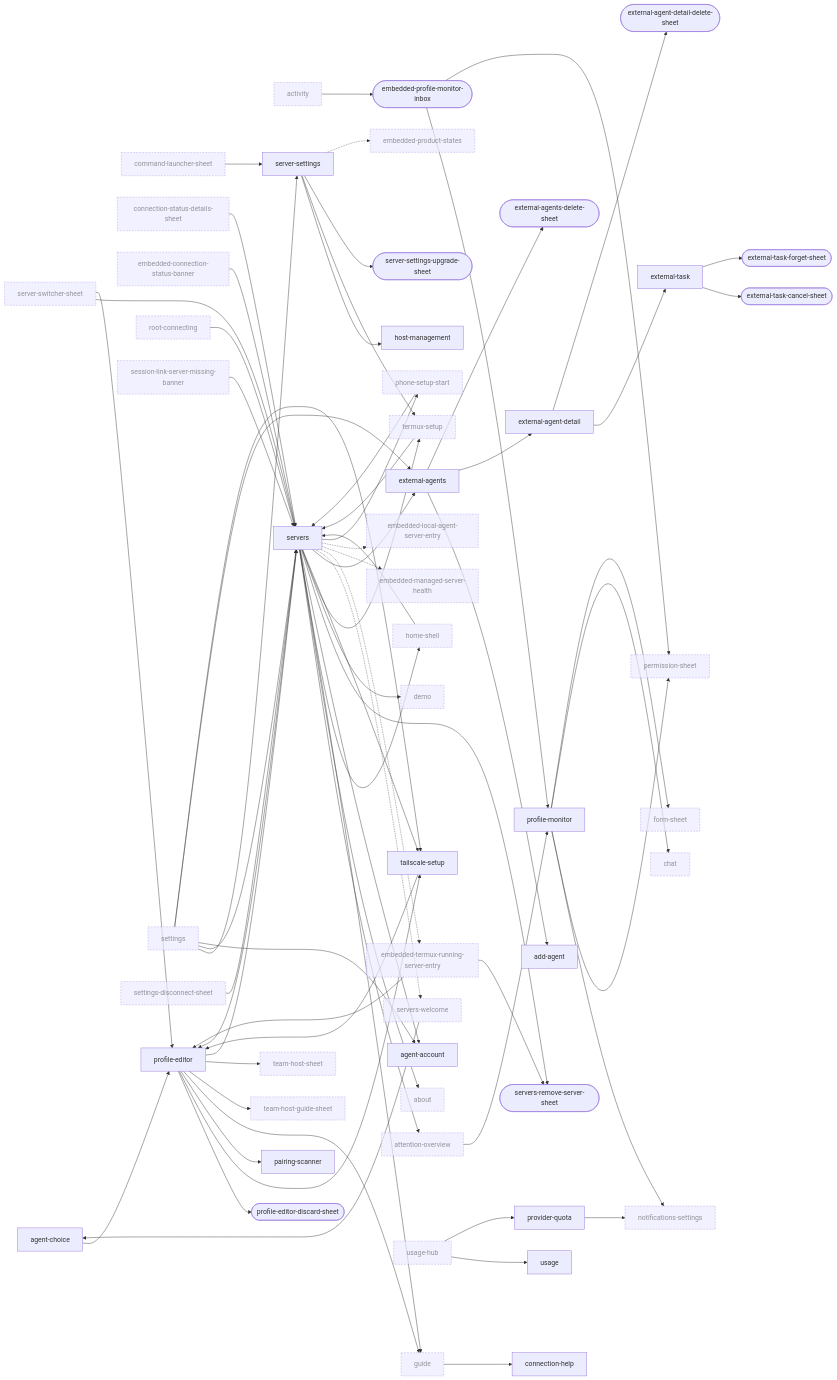
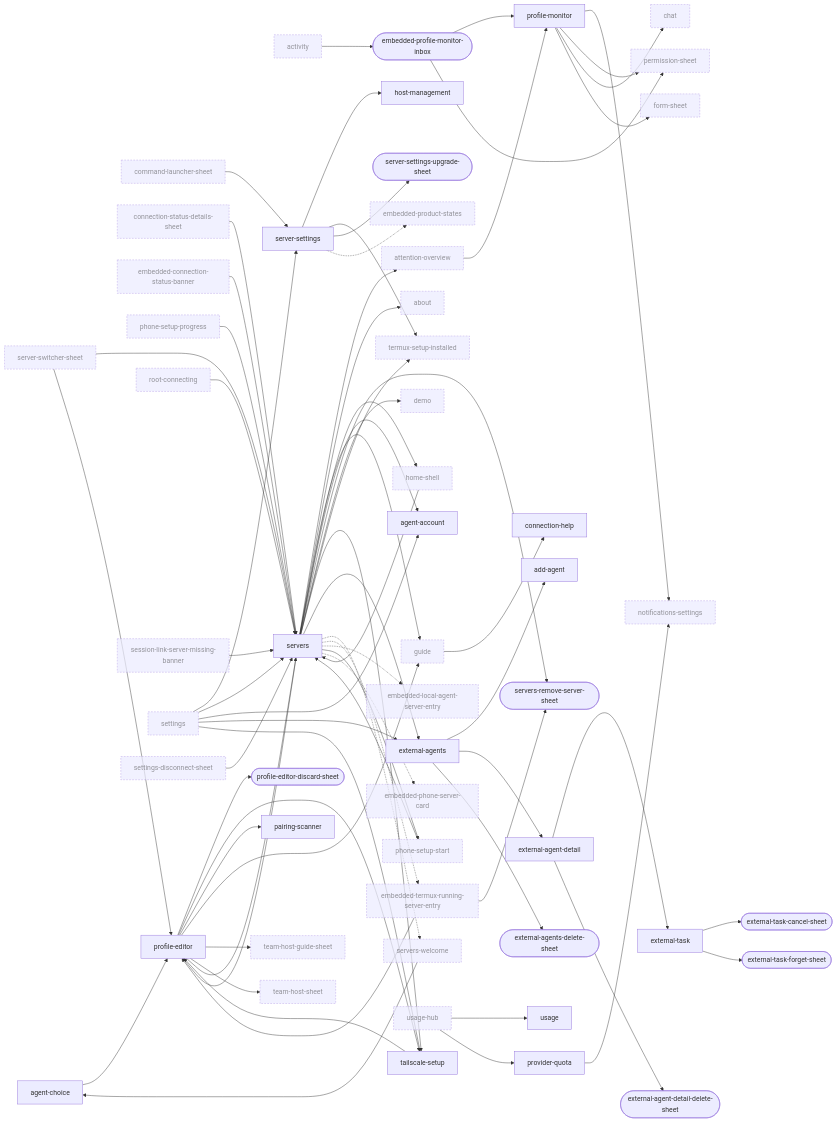
One commit to Breskott/opencode-mobile-next changed the fifth of 10 diagrams in docs/design/ui-ledger/navigation.md. Above: the diagram before and after it, drawn with Mermaid. The commit also changed other lines of this file and 106 other files, not shown here.

````diff
--- a/docs/design/ui-ledger/navigation.md
+++ b/docs/design/ui-ledger/navigation.md
@@ -697,7 +698,7 @@
   demo["demo"]:::ext
   embedded_connection_status_banner["embedded-connection-status-banner"]:::ext
   embedded_local_agent_server_entry["embedded-local-agent-server-entry"]:::ext
-  embedded_managed_server_health["embedded-managed-server-health"]:::ext
+  embedded_phone_server_card["embedded-phone-server-card"]:::ext
   embedded_product_states["embedded-product-states"]:::ext
   embedded_profile_monitor_inbox(["embedded-profile-monitor-inbox"])
   embedded_termux_running_server_entry["embedded-termux-running-server-entry"]:::ext
@@ -715,6 +716,7 @@
   notifications_settings["notifications-settings"]:::ext
   pairing_scanner["pairing-scanner"]
   permission_sheet["permission-sheet"]:::ext
+  phone_setup_progress["phone-setup-progress"]:::ext
   phone_setup_start["phone-setup-start"]:::ext
   profile_editor["profile-editor"]
   profile_editor_discard_sheet(["profile-editor-discard-sheet"])
@@ -733,7 +735,7 @@
   tailscale_setup["tailscale-setup"]
   team_host_guide_sheet["team-host-guide-sheet"]:::ext
   team_host_sheet["team-host-sheet"]:::ext
-  termux_setup["termux-setup"]:::ext
+  termux_setup_installed["termux-setup-installed"]:::ext
   usage["usage"]
   usage_hub["usage-hub"]:::ext
   root_connecting --> servers
@@ -753,7 +755,7 @@
   servers --> profile_editor
   servers --> servers_remove_server_sheet
   servers --> demo
-  servers --> termux_setup
+  servers --> termux_setup_installed
   servers --> tailscale_setup
   servers --> external_agents
   servers_welcome --> agent_choice
@@ -766,7 +768,7 @@
   profile_editor --> team_host_sheet
   tailscale_setup --> profile_editor
   server_settings --> host_management
-  server_settings --> termux_setup
+  server_settings --> termux_setup_installed
   server_settings --> server_settings_upgrade_sheet
   external_agents --> add_agent
   external_agents --> external_agent_detail
@@ -781,9 +783,9 @@
   embedded_profile_monitor_inbox --> profile_monitor
   embedded_profile_monitor_inbox --> permission_sheet
   provider_quota --> notifications_settings
-  termux_setup --> servers
   embedded_termux_running_server_entry --> servers_remove_server_sheet
   phone_setup_start --> servers
+  phone_setup_progress --> servers
   settings --> server_settings
   settings --> servers
   settings --> agent_account
@@ -800,8 +802,8 @@
   embedded_termux_running_server_entry --> profile_editor
   activity --> embedded_profile_monitor_inbox
   servers -.-> embedded_termux_running_server_entry
-  servers -.-> embedded_managed_server_health
   servers -.-> embedded_local_agent_server_entry
   servers --> phone_setup_start
+  servers -.-> embedded_phone_server_card
   classDef ext stroke-dasharray: 4 3,opacity:0.7
 ```
````
